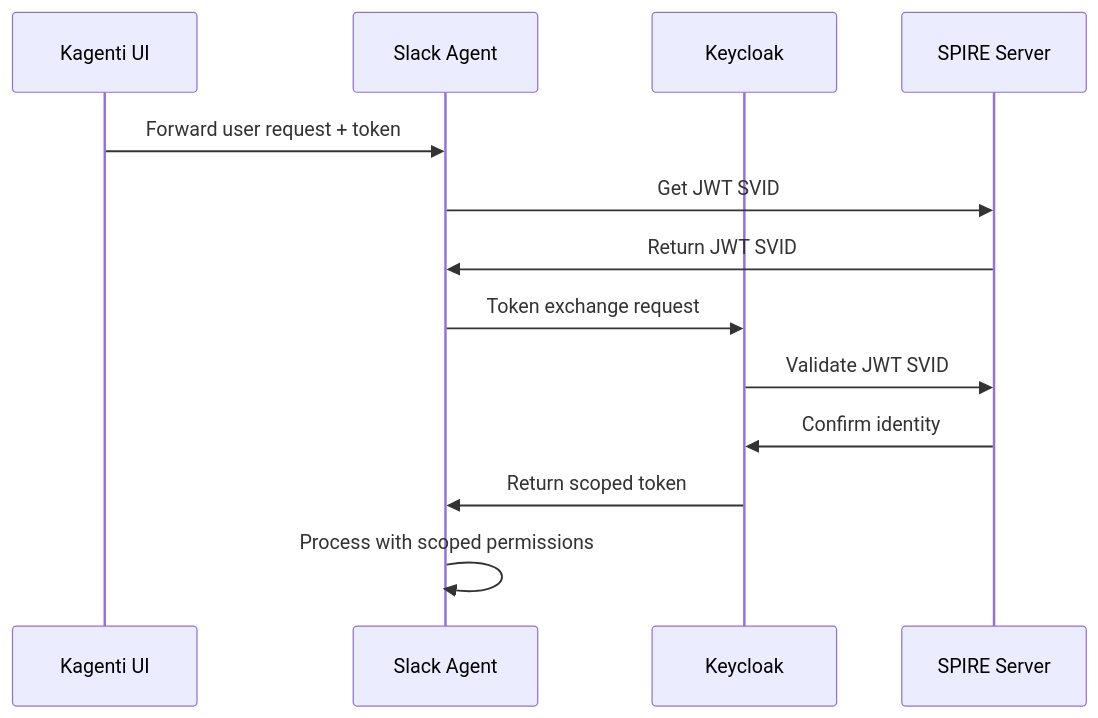
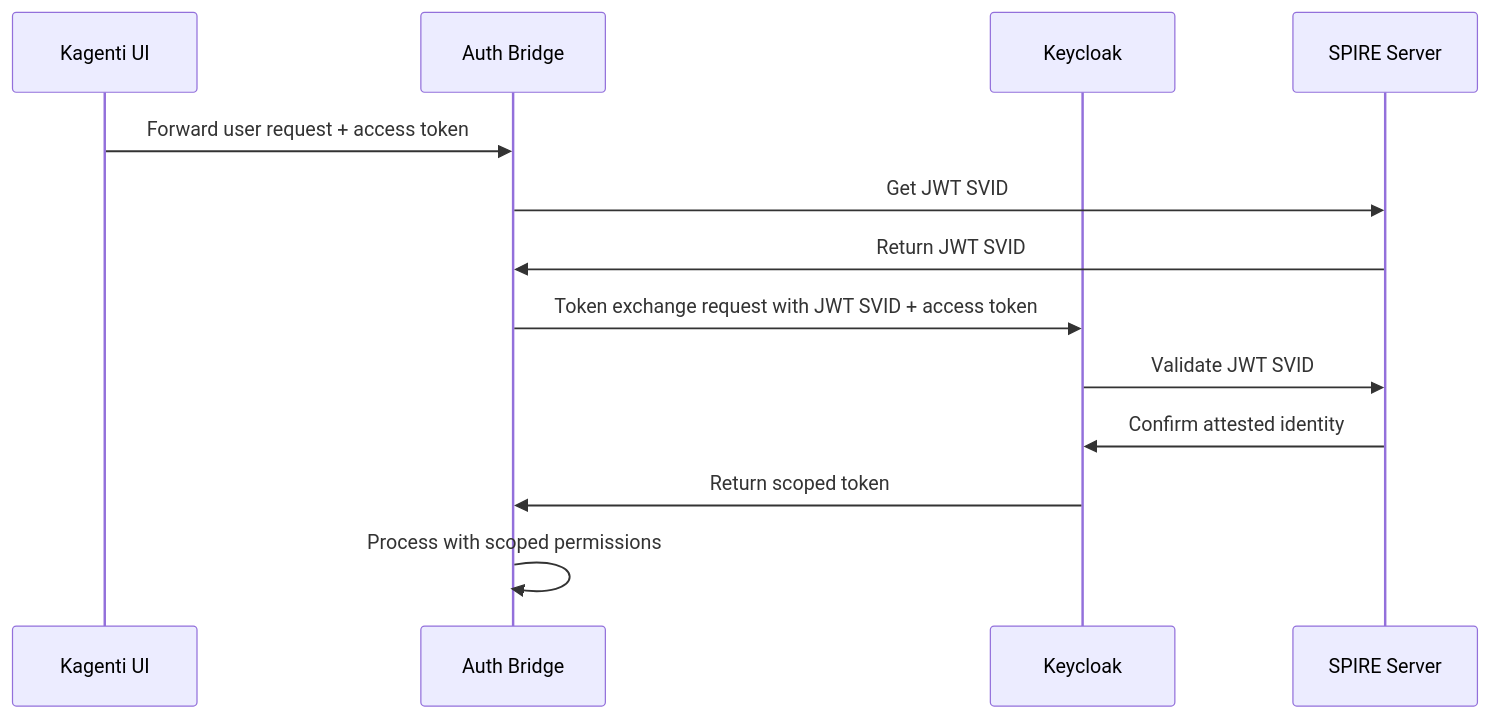
The diagram in docs/diagrams/02-agent-token-exchange-flow.mmd (pdettori/kagenti), drawn with Mermaid before and after one commit. The commit also changed 10 other files, not shown here.

```diff
--- a/docs/diagrams/02-agent-token-exchange-flow.mmd
+++ b/docs/diagrams/02-agent-token-exchange-flow.mmd
@@ -1,14 +1,14 @@
 sequenceDiagram
     participant UI as Kagenti UI
-    participant Agent as Slack Agent
+    participant Agent as Auth Bridge
     participant KC as Keycloak
     participant SPIRE as SPIRE Server
     
-    UI->>Agent: Forward user request + token
+    UI->>Agent: Forward user request + access token
     Agent->>SPIRE: Get JWT SVID
     SPIRE->>Agent: Return JWT SVID
-    Agent->>KC: Token exchange request
+    Agent->>KC: Token exchange request with JWT SVID + access token
     KC->>SPIRE: Validate JWT SVID
-    SPIRE->>KC: Confirm identity
+    SPIRE->>KC: Confirm attested identity
     KC->>Agent: Return scoped token
     Agent->>Agent: Process with scoped permissions
```
